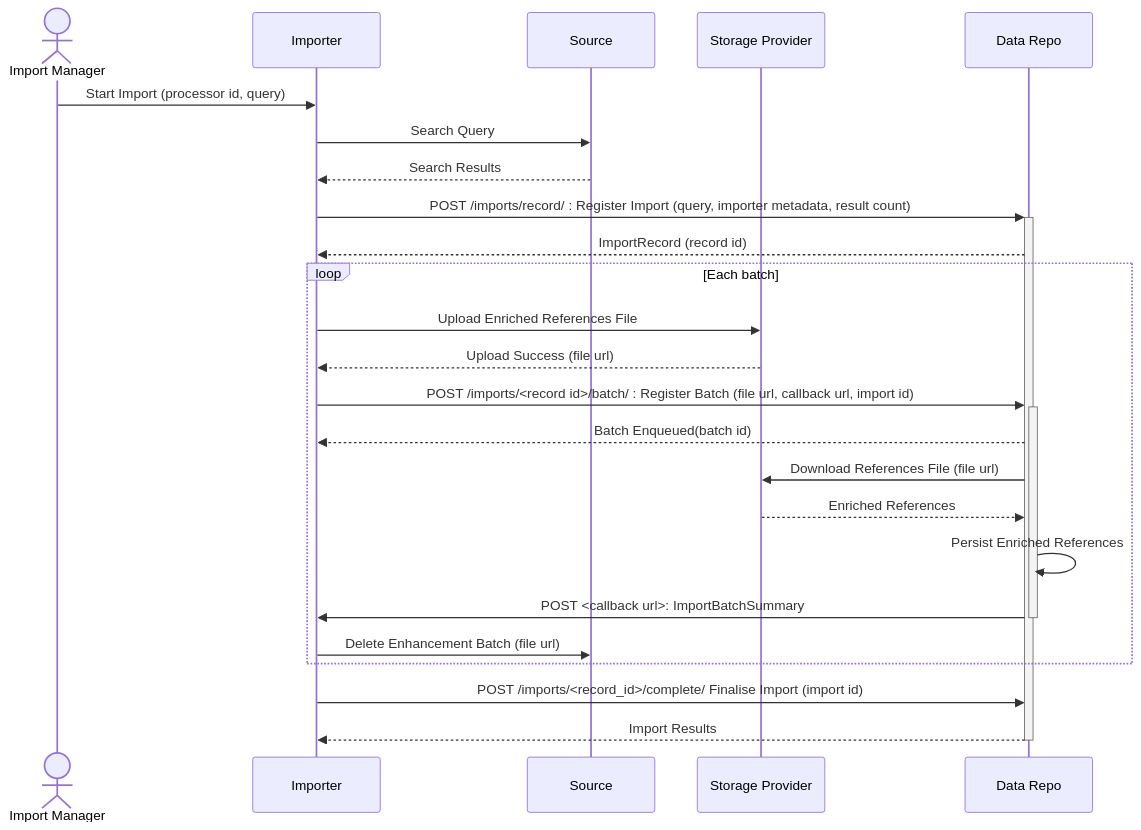
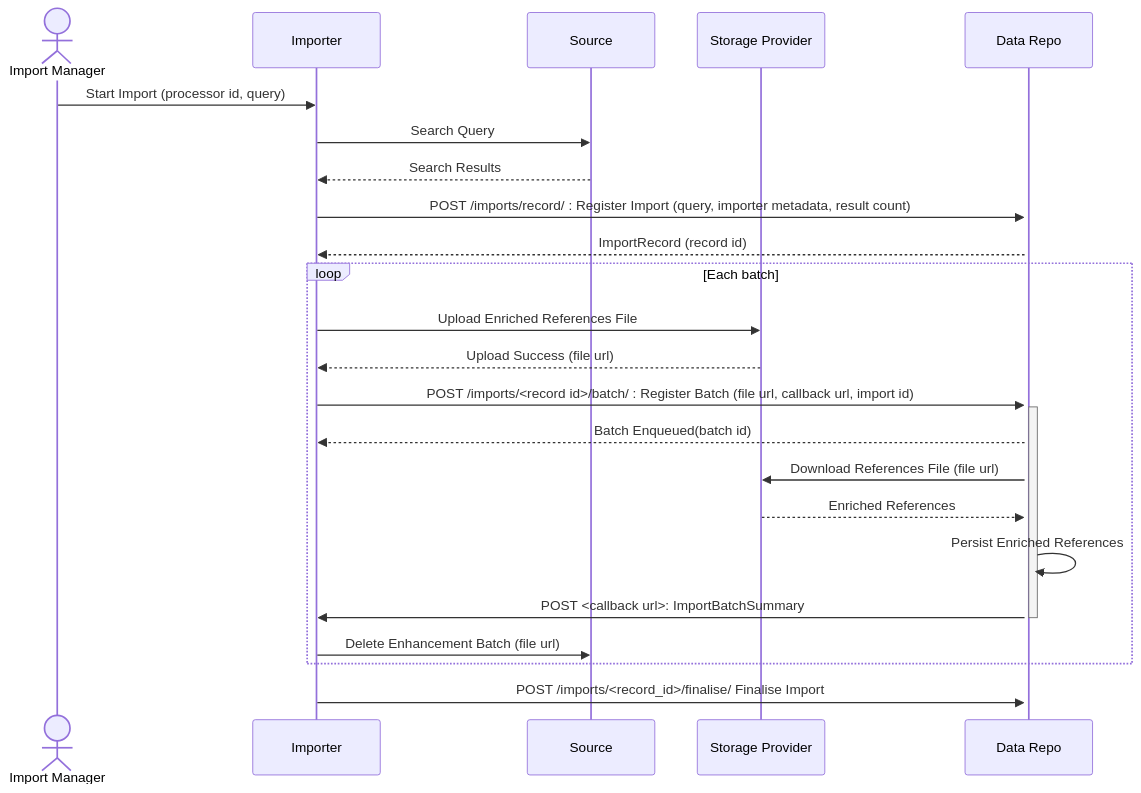
Before and after one commit to destiny-evidence/destiny-repository: the first of 2 diagrams in docs/procedures/batch-importing.rst, drawn with Mermaid. The commit also changed other lines of this file and 14 other files, not shown here.

```diff
--- a/docs/procedures/batch-importing.rst
+++ b/docs/procedures/batch-importing.rst
@@ -13,26 +13,25 @@
 .. mermaid::
 
     sequenceDiagram
         actor M as Import Manager
         participant I as Importer
         participant S as Source
         participant SP as Storage Provider
         participant R as Data Repo
         M ->> I: Start Import (processor id, query)
         I ->> S: Search Query
         S -->> I: Search Results
         I ->>+ R: POST /imports/record/ : Register Import (query, importer metadata, result count)
         R -->> I: ImportRecord (record id)
         loop Each batch
             I ->> SP: Upload Enriched References File
             SP -->> I: Upload Success (file url)
             I ->>+ R: POST /imports/<record id>/batch/ : Register Batch (file url, callback url, import id)
             R -->> I: Batch Enqueued(batch id)
             R ->> SP: Download References File (file url)
             SP -->> R: Enriched References
             R ->> R: Persist Enriched References
             R ->>- I: POST <callback url>: ImportBatchSummary
             I ->> S: Delete Enhancement Batch (file url)
         end
-        I ->> R: POST /imports/<record_id>/complete/ Finalise Import (import id)
-        R -->>- I: Import Results
+        I ->> R: POST /imports/<record_id>/finalise/ Finalise Import
```
